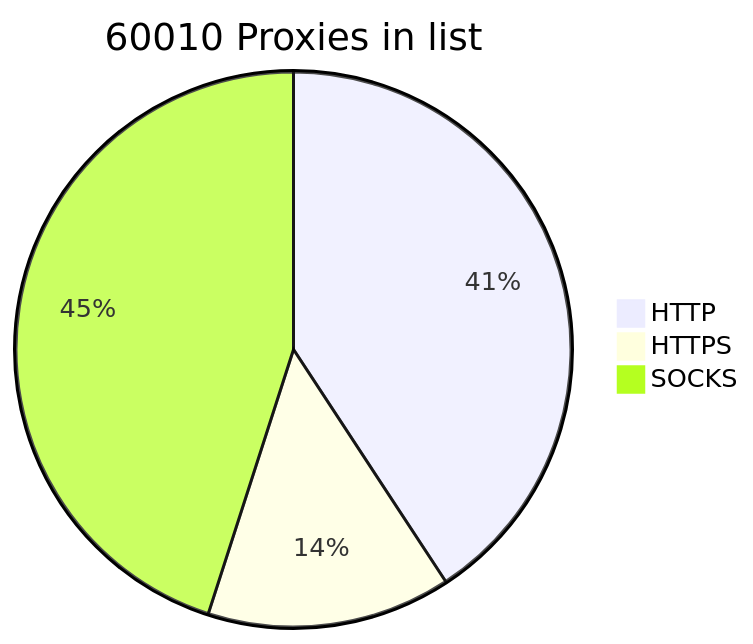
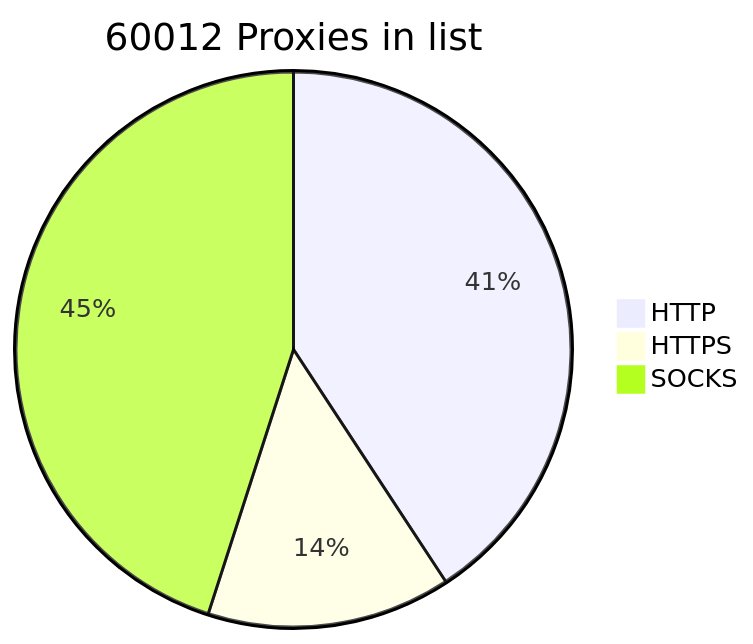
The diagram in README.md (BlackSnowDot/proxylist-update-every-minute), drawn with Mermaid before and after one commit.

````diff
--- a/README.md
+++ b/README.md
@@ -2,6 +2,6 @@
 ```mermaid
-pie title 60010 Proxies in list
-    "HTTP" : 27661
-    "HTTPS": 9641
+pie title 60012 Proxies in list
+    "HTTP" : 27662
+    "HTTPS": 9642
     "SOCKS" : 30561
 ```
````
